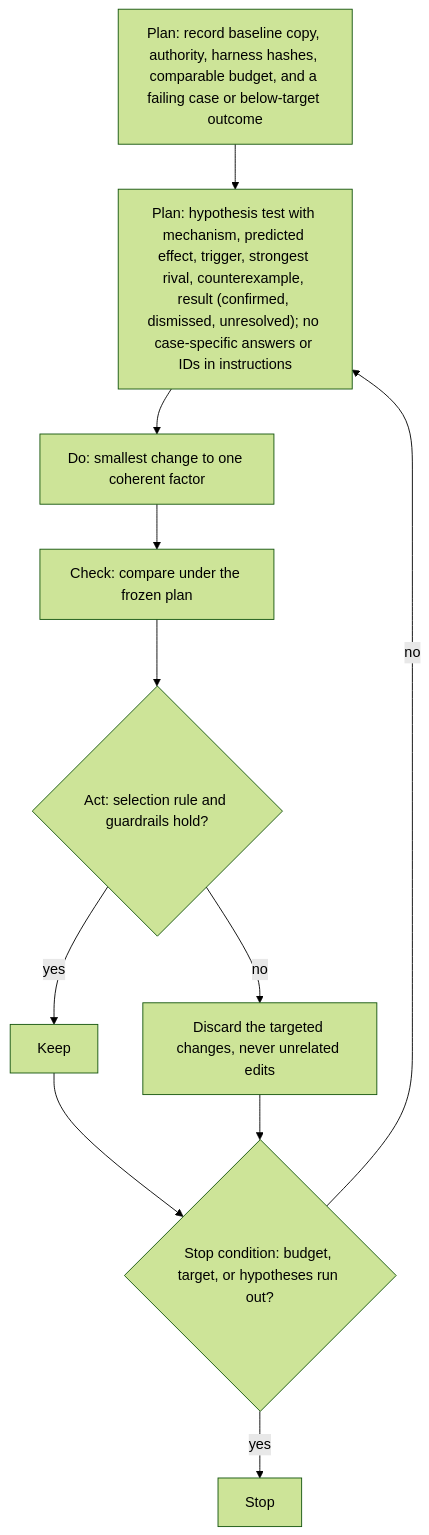
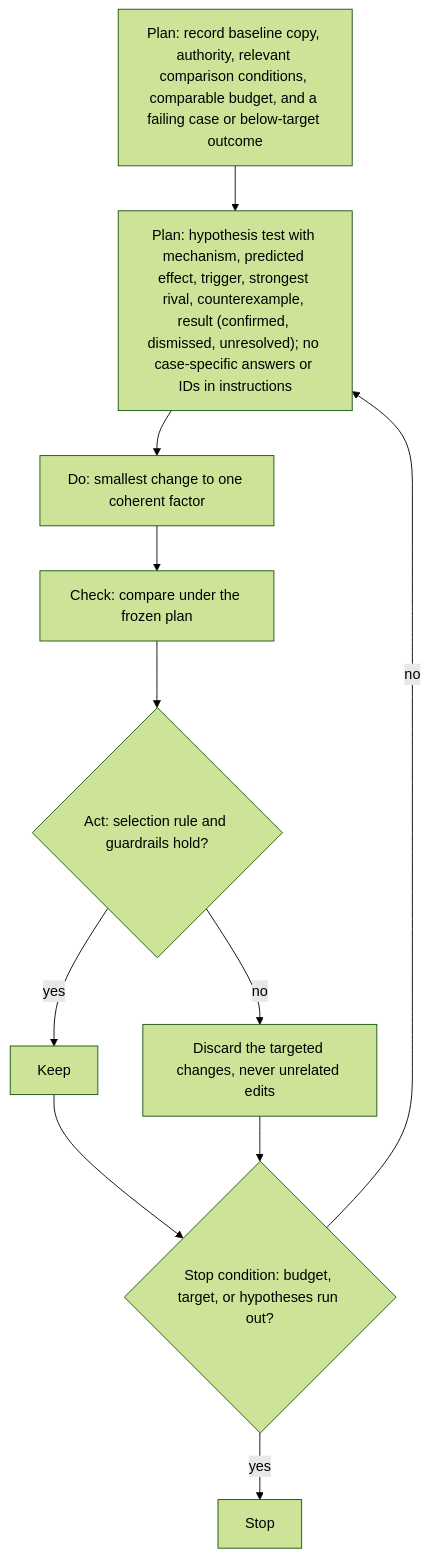
Before and after one commit to bgauryy/octocode: the diagram in skills/octocode-agentic/references/eval-loop.md, drawn with Mermaid (forest theme). The commit also changed other lines of this file and 1497 other files, not shown here.

````diff
--- a/skills/octocode-agentic/references/eval-loop.md
+++ b/skills/octocode-agentic/references/eval-loop.md
@@ -7,15 +7,15 @@
 ```mermaid
 flowchart TD
-  B["Plan: record baseline copy, authority, harness hashes, comparable budget, and a failing case or below-target outcome"] --> H
+  B["Plan: record baseline copy, authority, relevant comparison conditions, comparable budget, and a failing case or below-target outcome"] --> H
   H["Plan: hypothesis test with mechanism, predicted effect, trigger, strongest rival, counterexample, result (confirmed, dismissed, unresolved); no case-specific answers or IDs in instructions"] --> D
   D["Do: smallest change to one coherent factor"] --> C
   C["Check: compare under the frozen plan"] --> A
   A{"Act: selection rule and guardrails hold?"}
   A -- yes --> K[Keep]
   A -- no --> X["Discard the targeted changes, never unrelated edits"]
   K --> S
   X --> S
   S{"Stop condition: budget, target, or hypotheses run out?"}
   S -- no --> H
   S -- yes --> E[Stop]
 ```
````
